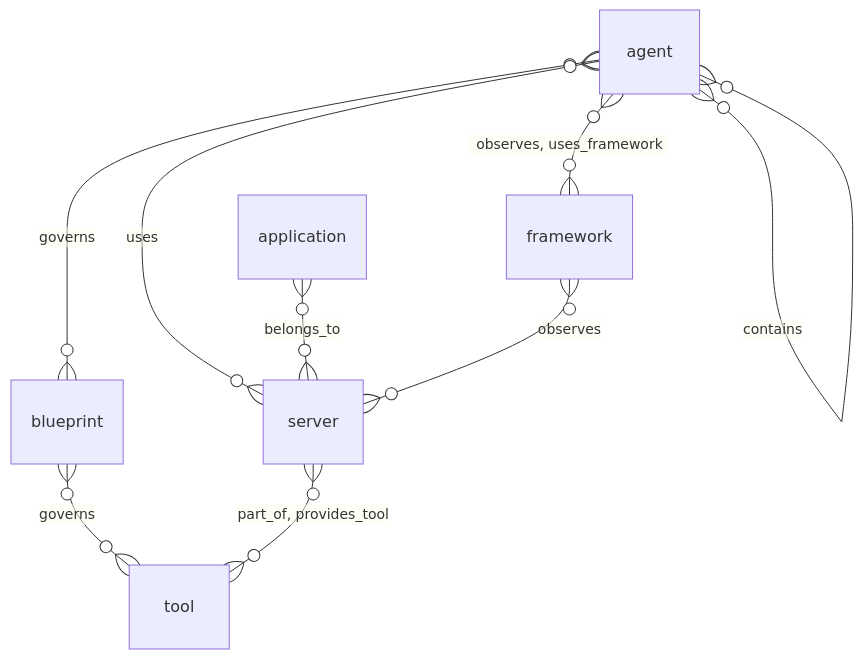
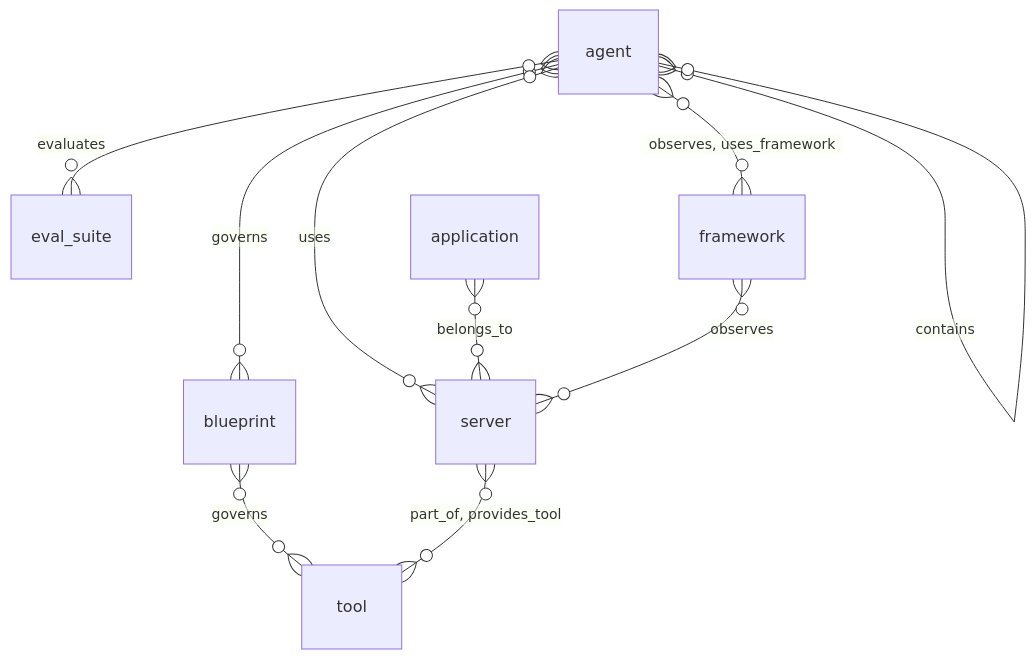
One commit to koda-ai-studio/agent-bom changed the first of 3 diagrams in docs/graph/data-model/domains/ai.md. Above: the diagram before and after it, drawn with Mermaid. The commit also changed other lines of this file and 44 other files, not shown here.

````diff
--- a/docs/graph/data-model/domains/ai.md
+++ b/docs/graph/data-model/domains/ai.md
@@ -12,11 +12,12 @@
 ```mermaid
 erDiagram
   agent }o--o{ agent : "contains"
   agent }o--o{ blueprint : "governs"
+  agent }o--o{ eval_suite : "evaluates"
   agent }o--o{ framework : "observes, uses_framework"
   agent }o--o{ server : "uses"
   application }o--o{ server : "belongs_to"
   blueprint }o--o{ tool : "governs"
   framework }o--o{ server : "observes"
   server }o--o{ tool : "part_of, provides_tool"
 ```
````
